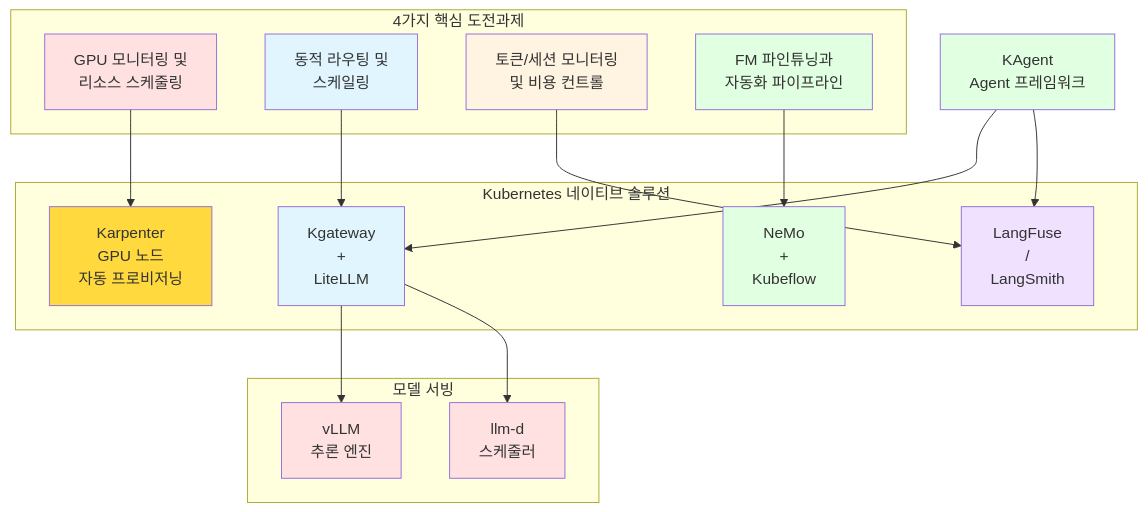
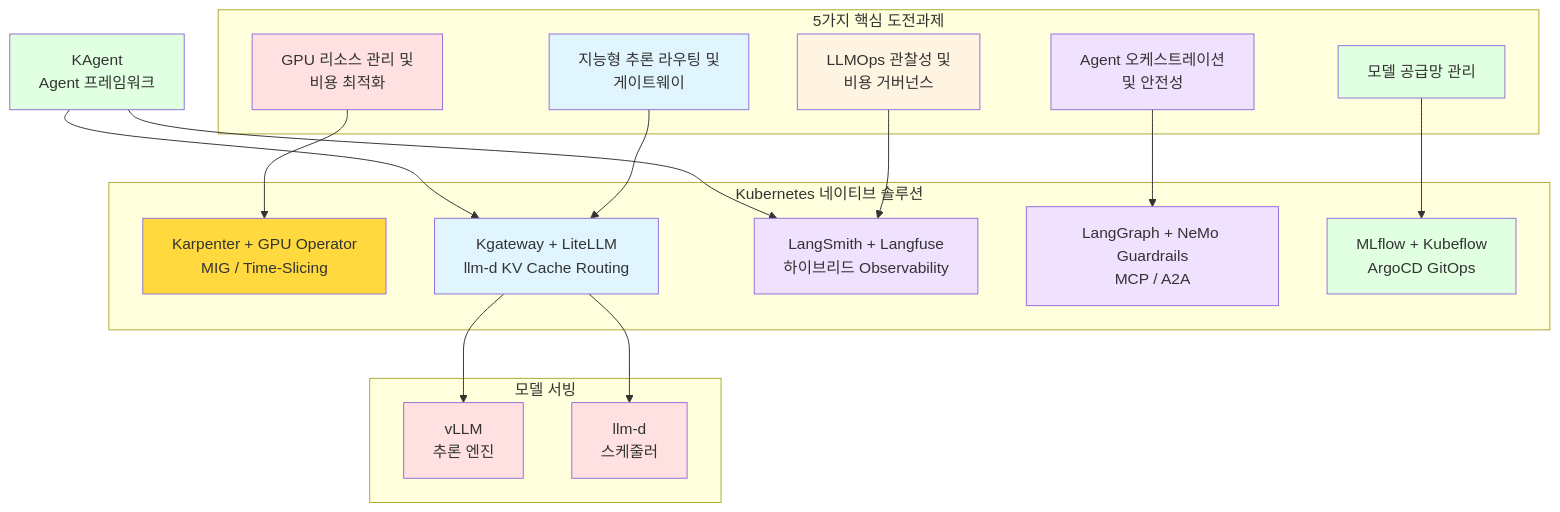
The fourth of 16 diagrams in docs/agentic-ai-platform/design-architecture/agentic-ai-challenges.md (devfloor9/engineering-playbook), drawn with Mermaid before and after one commit. The commit also changed other lines of this file and 21 other files, not shown here.

````diff
--- a/docs/agentic-ai-platform/design-architecture/agentic-ai-challenges.md
+++ b/docs/agentic-ai-platform/design-architecture/agentic-ai-challenges.md
@@ -156,45 +159,50 @@
 ```mermaid
 flowchart TD
-    subgraph Challenges["4가지 핵심 도전과제"]
-        C1["GPU 모니터링 및<br/>리소스 스케줄링"]
-        C2["동적 라우팅 및<br/>스케일링"]
-        C3["토큰/세션 모니터링<br/>및 비용 컨트롤"]
-        C4["FM 파인튜닝과<br/>자동화 파이프라인"]
+    subgraph Challenges["5가지 핵심 도전과제"]
+        C1["GPU 리소스 관리 및<br/>비용 최적화"]
+        C2["지능형 추론 라우팅 및<br/>게이트웨이"]
+        C3["LLMOps 관찰성 및<br/>비용 거버넌스"]
+        C4["Agent 오케스트레이션<br/>및 안전성"]
+        C5["모델 공급망 관리"]
     end
 
     subgraph K8sSolutions["Kubernetes 네이티브 솔루션"]
-        S1["Karpenter<br/>GPU 노드<br/>자동 프로비저닝"]
-        S2["Kgateway<br/>+<br/>LiteLLM"]
-        S3["LangFuse<br/>/<br/>LangSmith"]
-        S4["NeMo<br/>+<br/>Kubeflow"]
+        S1["Karpenter + GPU Operator<br/>MIG / Time-Slicing"]
+        S2["Kgateway + LiteLLM<br/>llm-d KV Cache Routing"]
+        S3["LangSmith + Langfuse<br/>하이브리드 Observability"]
+        S4["LangGraph + NeMo Guardrails<br/>MCP / A2A"]
+        S5["MLflow + Kubeflow<br/>ArgoCD GitOps"]
     end
 
     subgraph ModelServing["모델 서빙"]
         VLLM["vLLM<br/>추론 엔진"]
         LLMD["llm-d<br/>스케줄러"]
     end
 
     KAGENT["KAgent<br/>Agent 프레임워크"]
 
     C1 --> S1
     C2 --> S2
     C3 --> S3
     C4 --> S4
+    C5 --> S5
 
     S2 --> VLLM
     S2 --> LLMD
     KAGENT --> S2
     KAGENT --> S3
 
     style C1 fill:#ffe1e1
     style C2 fill:#e1f5ff
     style C3 fill:#fff4e1
-    style C4 fill:#e1ffe1
+    style C4 fill:#f0e1ff
+    style C5 fill:#e1ffe1
     style S1 fill:#ffd93d
     style S2 fill:#e1f5ff
     style S3 fill:#f0e1ff
-    style S4 fill:#e1ffe1
+    style S4 fill:#f0e1ff
+    style S5 fill:#e1ffe1
     style VLLM fill:#ffe1e1
     style LLMD fill:#ffe1e1
     style KAGENT fill:#e1ffe1
 ```
````
